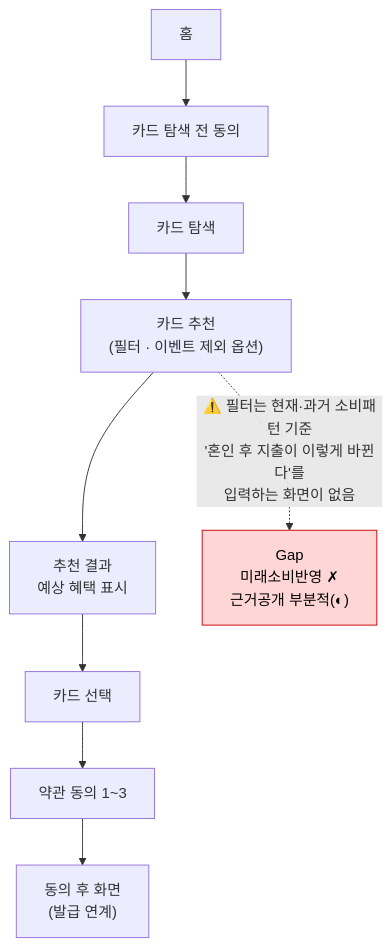
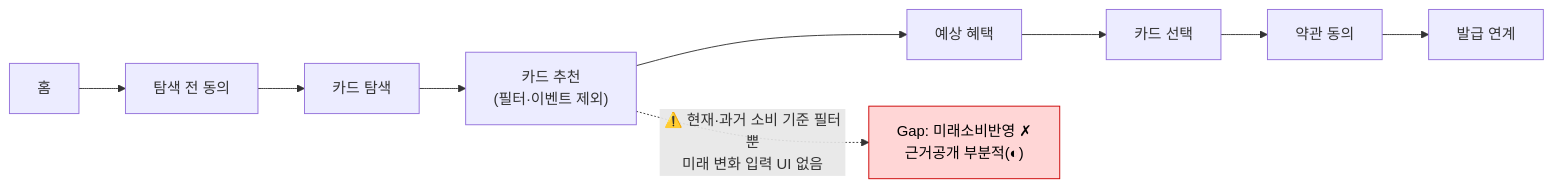
Before and after one commit to jennie-brain/team-project_2nd: the first of 3 diagrams in 윤정/0818_1페이지 브리프.md, drawn with Mermaid. The commit also changed other lines of this file, not shown here.

````diff
--- a/윤정/0818_1페이지 브리프.md
+++ b/윤정/0818_1페이지 브리프.md
@@ -13,18 +16,8 @@
 ```mermaid
-flowchart TD
-    A["홈"] --> B["카드 탐색 전 동의"]
-    B --> C["카드 탐색"]
-    C --> D["카드 추천
-    (필터 · 이벤트 제외 옵션)"]
-    D --> E["추천 결과
-    예상 혜택 표시"]
-    E --> F["카드 선택"]
-    F --> G["약관 동의 1~3"]
-    G --> H["동의 후 화면
-    (발급 연계)"]
-    D -.->|"⚠️ 필터는 현재·과거 소비패턴 기준<br/>'혼인 후 지출이 이렇게 바뀐다'를<br/>입력하는 화면이 없음"| GAP["Gap
-    미래소비반영 ✗
+flowchart LR
+    A["홈"] --> B["탐색 전 동의"] --> C["카드 탐색"] --> D["카드 추천
+    (필터·이벤트 제외)"] --> E["예상 혜택"] --> F["카드 선택"] --> G["약관 동의"] --> H["발급 연계"]
+    D -.->|"⚠️ 현재·과거 소비 기준 필터뿐<br/>미래 변화 입력 UI 없음"| GAP["Gap: 미래소비반영 ✗
     근거공개 부분적(◐)"]
-
     style GAP fill:#ffd6d6,stroke:#c00,color:#000
 ```
````
